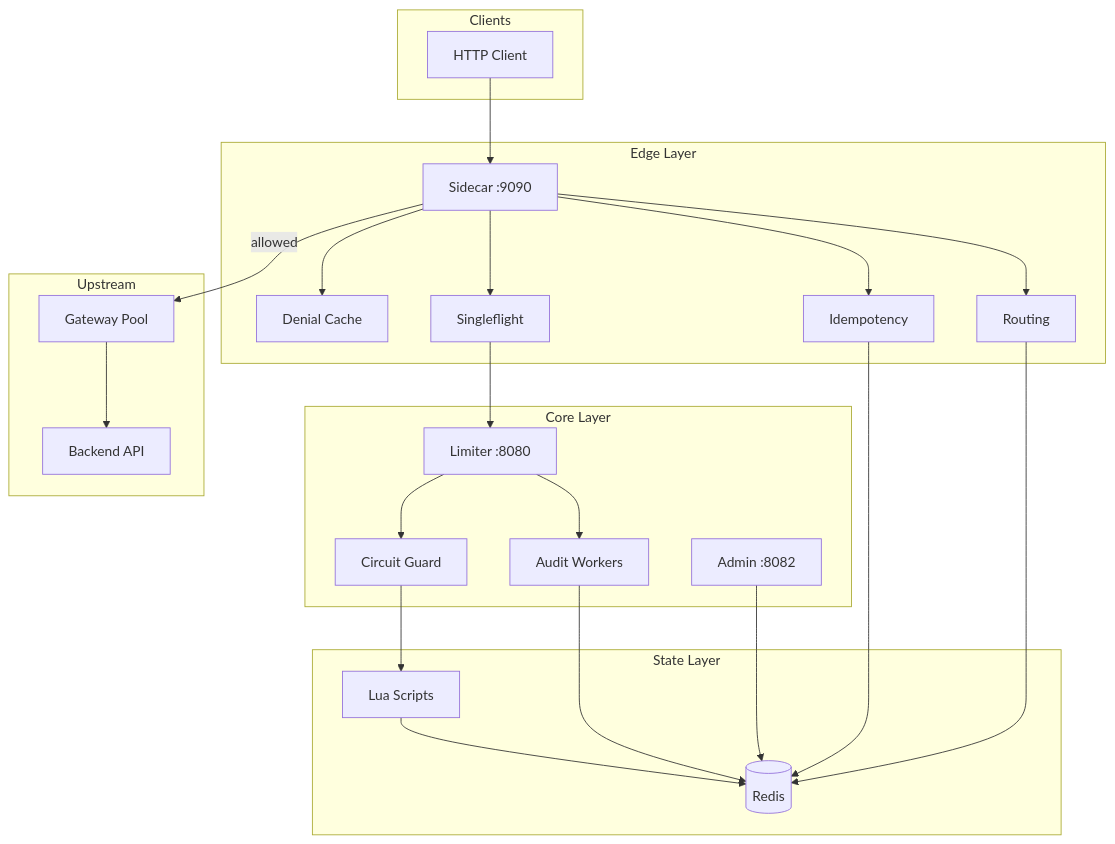
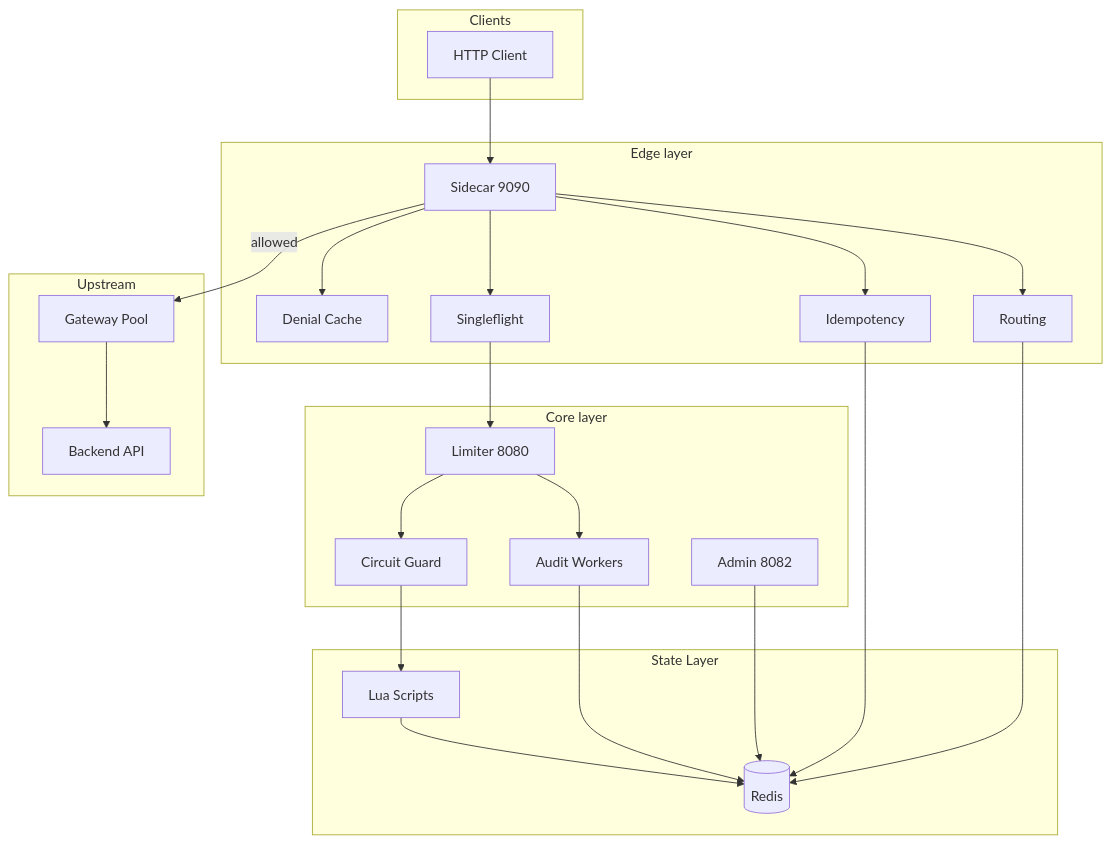
One commit to RUDRA-PRATAP-SINGH01/Distributed-rate-limiter changed the diagram in docs/interviews/system-design-discussion.md. Above: the diagram before and after it, drawn with Mermaid. The commit also changed other lines of this file and 35 other files, not shown here.

Commit message:
updated the docs diagrams

````diff
--- a/docs/interviews/system-design-discussion.md
+++ b/docs/interviews/system-design-discussion.md
@@ -156,48 +156,48 @@
 ```mermaid
 flowchart TB
     subgraph clients [Clients]
         C[HTTP Client]
     end
 
-    subgraph edge [Edge Layer]
-        SC[Sidecar :9090]
+    subgraph edge ["Edge layer"]
+        SC["Sidecar 9090"]
         DC[Denial Cache]
         SF[Singleflight]
         IDEM[Idempotency]
         RT[Routing]
     end
 
-    subgraph core [Core Layer]
-        LM[Limiter :8080]
-        ADM[Admin :8082]
+    subgraph core ["Core layer"]
+        LM["Limiter 8080"]
+        ADM["Admin 8082"]
         CB[Circuit Guard]
         AU[Audit Workers]
     end
 
     subgraph state [State Layer]
         RD[(Redis)]
         LUA[Lua Scripts]
     end
 
     subgraph upstream [Upstream]
         GW[Gateway Pool]
         BE[Backend API]
     end
 
     C --> SC
     SC --> DC
     SC --> SF
     SF --> LM
     LM --> CB
     CB --> LUA
     LUA --> RD
     LM --> AU
     AU --> RD
     ADM --> RD
     SC --> IDEM
     IDEM --> RD
     SC --> RT
     RT --> RD
     SC -->|allowed| GW
     GW --> BE
 ```
````
